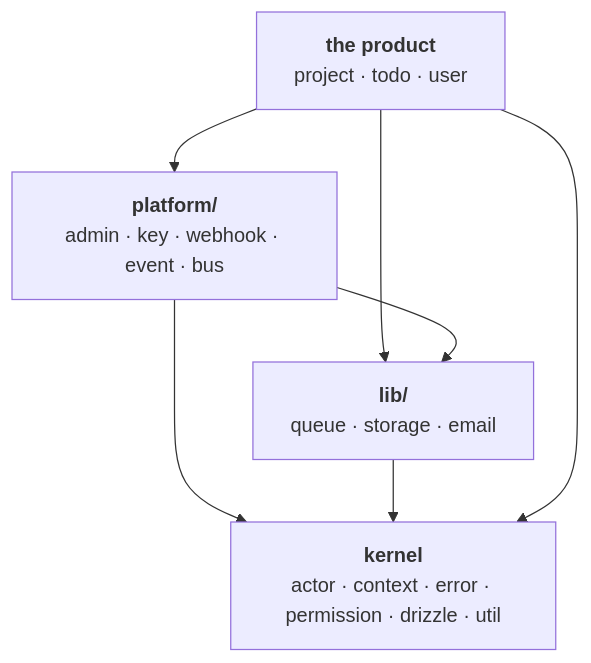
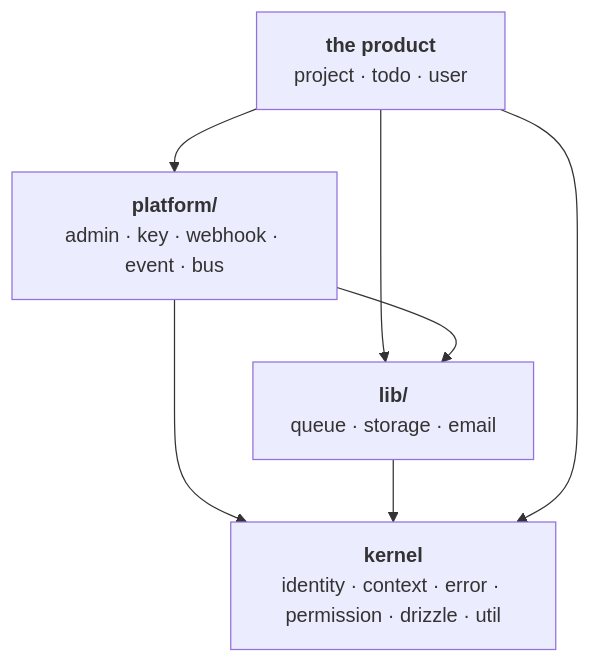
One commit to andre-brandao/template changed the diagram in docs/core.md. Above: the diagram before and after it, drawn with Mermaid. The commit also changed other lines of this file and 22 other files, not shown here.

````diff
--- a/docs/core.md
+++ b/docs/core.md
@@ -6,14 +6,14 @@
 ```mermaid
 graph TD
   domain["<b>the product</b><br/>project · todo · user"]
   platform["<b>platform/</b><br/>admin · key · webhook · event · bus"]
   lib["<b>lib/</b><br/>queue · storage · email"]
-  kernel["<b>kernel</b><br/>actor · context · error · permission · drizzle · util"]
+  kernel["<b>kernel</b><br/>identity · context · error · permission · drizzle · util"]
 
   domain --> platform
   domain --> lib
   platform --> lib
   platform --> kernel
   lib --> kernel
   domain --> kernel
 ```
````
